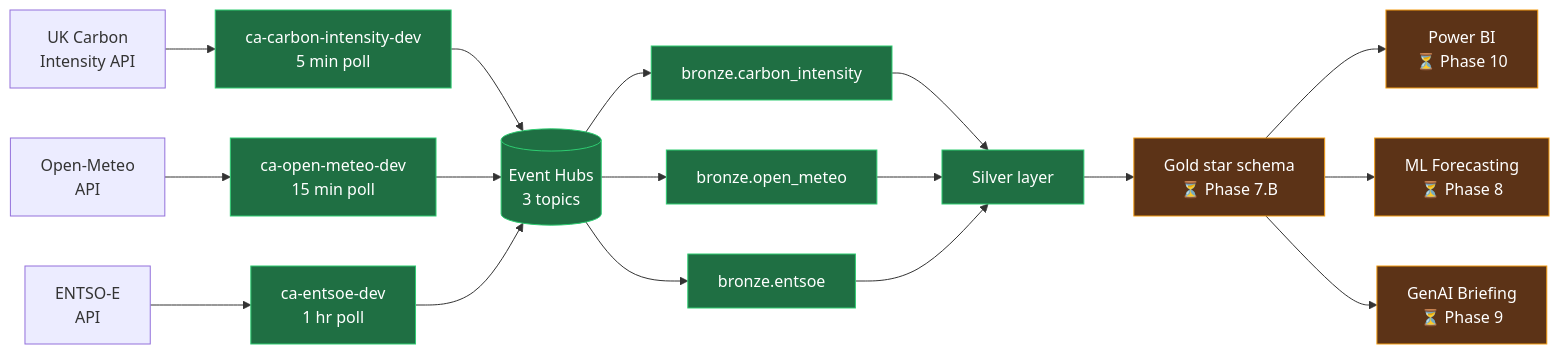
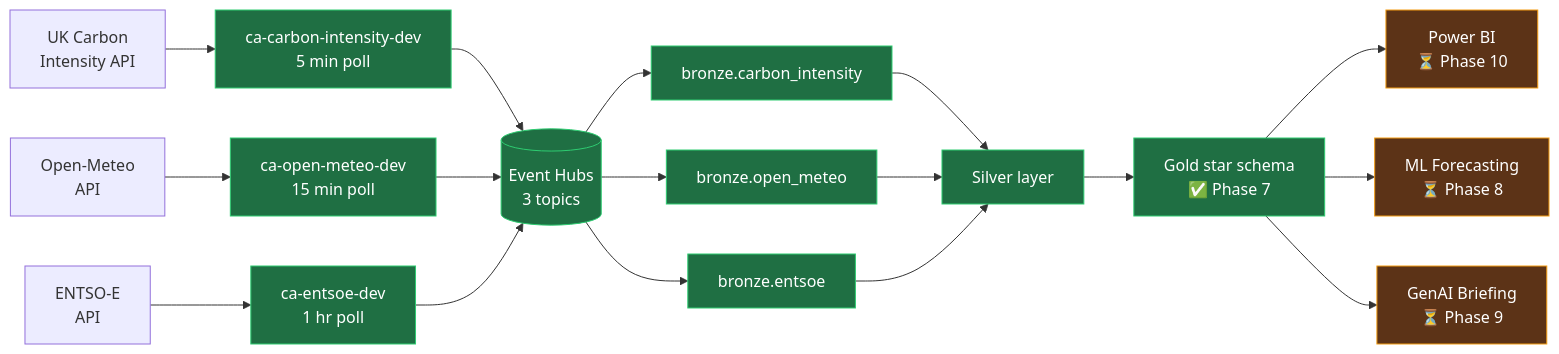
The diagram in README.md (demonjd2026-afk/gridsense), drawn with Mermaid before and after one commit. The commit also changed other lines of this file and 13 other files, not shown here.

First line of the commit message:
feat(gold): Phase 7.B - fact_carbon_intensity_30min and dim_uk_region

````diff
--- a/README.md
+++ b/README.md
@@ -48,24 +48,24 @@
 ```mermaid
 flowchart LR
     A1[UK Carbon<br/>Intensity API] --> P1[ca-carbon-intensity-dev<br/>5 min poll]
     A2[Open-Meteo<br/>API] --> P2[ca-open-meteo-dev<br/>15 min poll]
     A3[ENTSO-E<br/>API] --> P3[ca-entsoe-dev<br/>1 hr poll]
     P1 --> EH[(Event Hubs<br/>3 topics)]
     P2 --> EH
     P3 --> EH
     EH --> B1[bronze.carbon_intensity]
     EH --> B2[bronze.open_meteo]
     EH --> B3[bronze.entsoe]
     B1 --> S[Silver layer]
     B2 --> S
     B3 --> S
-    S --> G[Gold star schema<br/>⏳ Phase 7.B]
+    S --> G[Gold star schema<br/>✅ Phase 7]
     G --> PBI[Power BI<br/>⏳ Phase 10]
     G --> ML[ML Forecasting<br/>⏳ Phase 8]
     G --> AI[GenAI Briefing<br/>⏳ Phase 9]
 
     classDef done fill:#1f6f43,stroke:#2ecc71,color:#fff
     classDef wip fill:#5c3317,stroke:#f39c12,color:#fff
-    class P1,P2,P3,EH,B1,B2,B3,S done
-    class G,PBI,ML,AI wip
+    class P1,P2,P3,EH,B1,B2,B3,S,G done
+    class PBI,ML,AI wip
 ```
````
